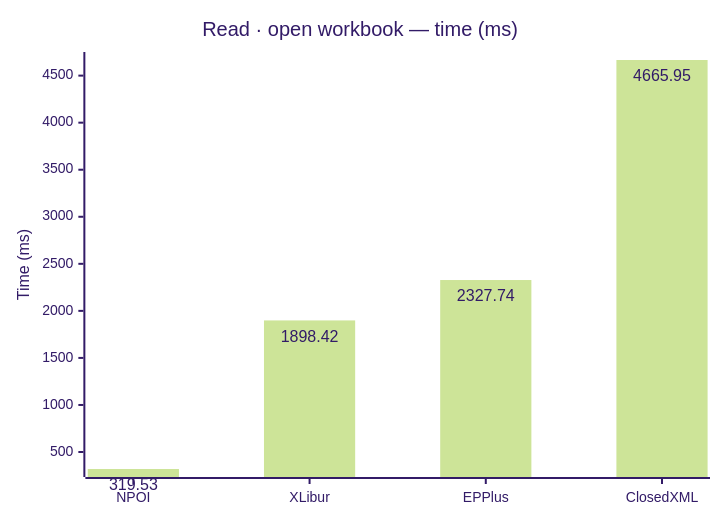
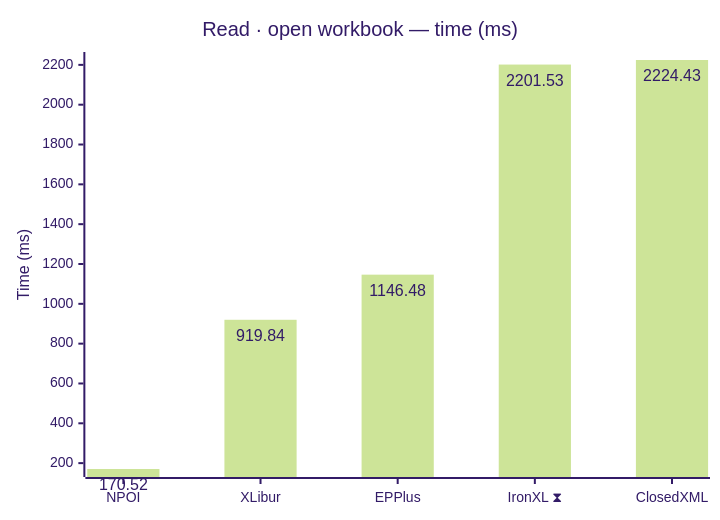
Before and after one commit to jafin/XLBench: the first of 10 diagrams in docs/results-ci.md, drawn with Mermaid (forest theme). The commit also changed other lines of this file, not shown here.

````diff
--- a/docs/results-ci.md
+++ b/docs/results-ci.md
@@ -36,12 +41,12 @@
 ```mermaid
 ---
 config:
   xyChart:
     showDataLabel: true
 ---
 xychart-beta
     title "Read · open workbook — time (ms)"
-    x-axis ["NPOI", "XLibur", "EPPlus", "ClosedXML"]
+    x-axis ["NPOI", "XLibur", "EPPlus", "IronXL ⧗", "ClosedXML"]
     y-axis "Time (ms)"
-    bar [319.53, 1898.42, 2327.74, 4665.95]
+    bar [170.52, 919.84, 1146.48, 2201.53, 2224.43]
 ```
````
